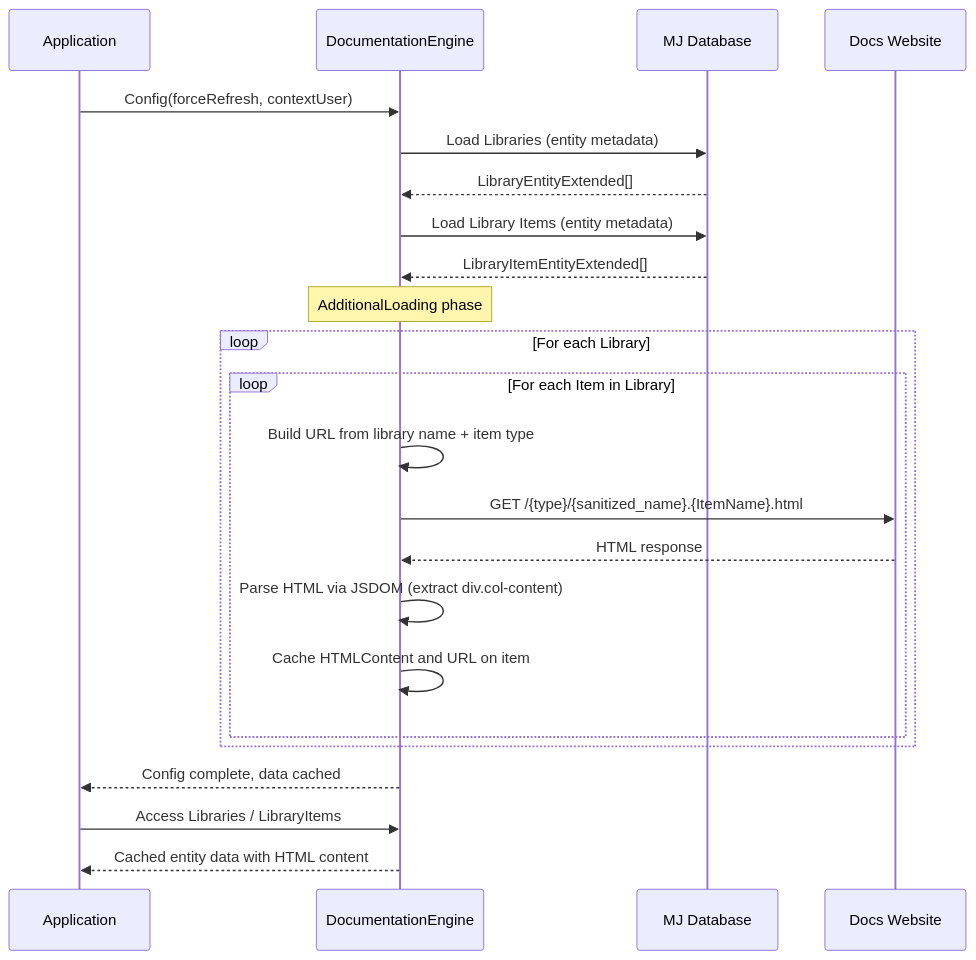
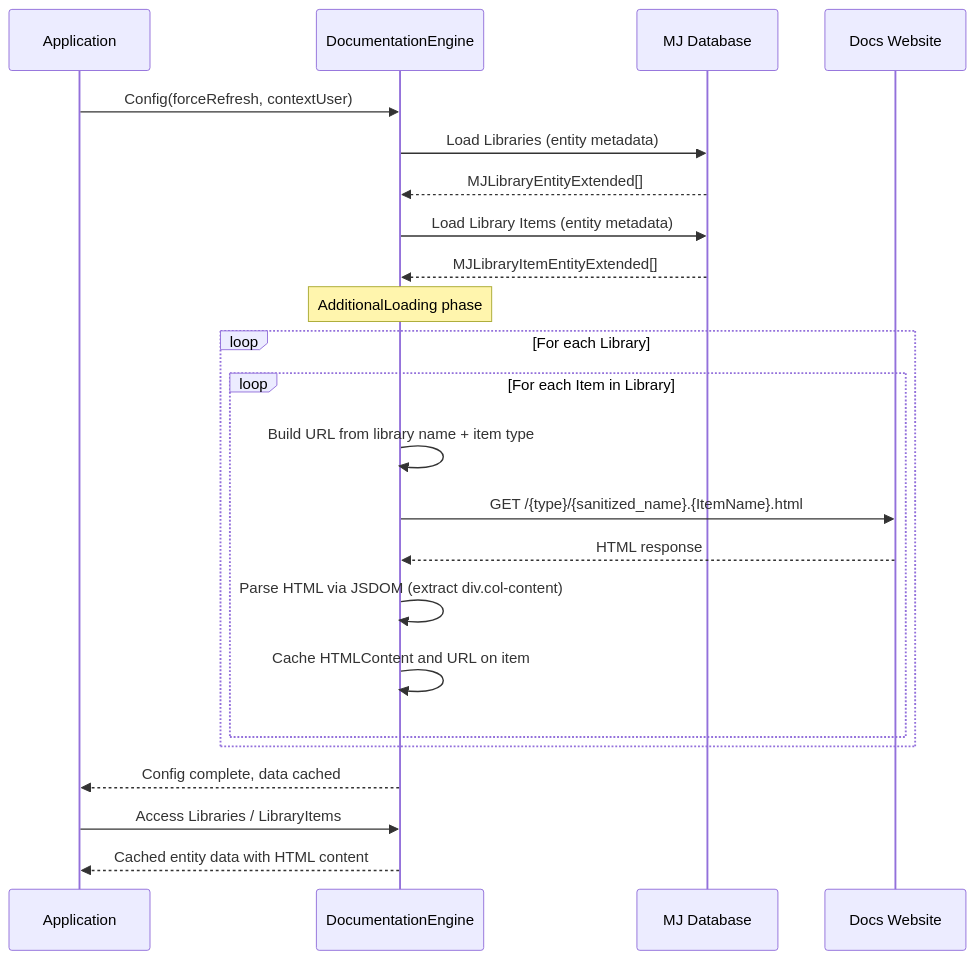
One commit to MemberJunction/MJ changed the second of 4 diagrams in packages/DocUtils/README.md. Above: the diagram before and after it, drawn with Mermaid. The commit also changed other lines of this file and 246 other files, not shown here.

````diff
--- a/packages/DocUtils/README.md
+++ b/packages/DocUtils/README.md
@@ -67,29 +67,29 @@
 ```mermaid
 sequenceDiagram
     participant App as Application
     participant DE as DocumentationEngine
     participant DB as MJ Database
     participant Site as Docs Website
 
     App->>DE: Config(forceRefresh, contextUser)
     DE->>DB: Load Libraries (entity metadata)
-    DB-->>DE: LibraryEntityExtended[]
+    DB-->>DE: MJLibraryEntityExtended[]
     DE->>DB: Load Library Items (entity metadata)
-    DB-->>DE: LibraryItemEntityExtended[]
+    DB-->>DE: MJLibraryItemEntityExtended[]
 
     Note over DE: AdditionalLoading phase
 
     loop For each Library
         loop For each Item in Library
             DE->>DE: Build URL from library name + item type
             DE->>Site: GET /{type}/{sanitized_name}.{ItemName}.html
             Site-->>DE: HTML response
             DE->>DE: Parse HTML via JSDOM (extract div.col-content)
             DE->>DE: Cache HTMLContent and URL on item
         end
     end
 
     DE-->>App: Config complete, data cached
     App->>DE: Access Libraries / LibraryItems
     DE-->>App: Cached entity data with HTML content
 ```
````
